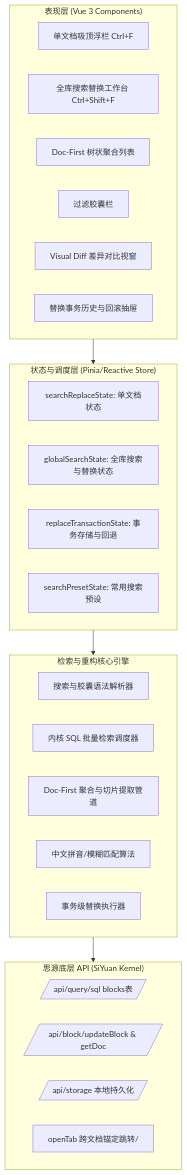
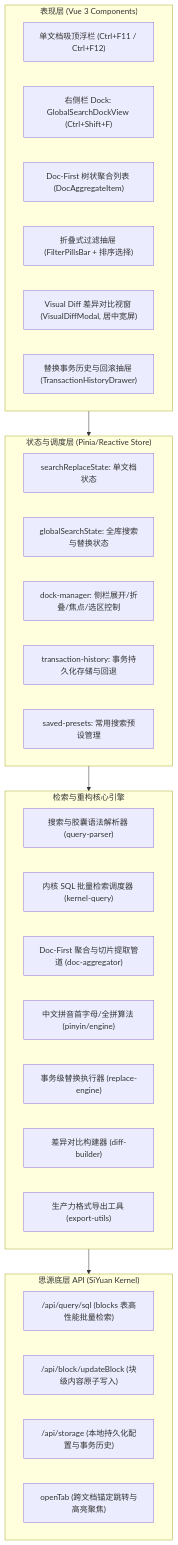
The diagram in docs/siyuan-sou-easy-global-search-detailed-design-and-plan.md (famotime/siyuan-sou-easy), drawn with Mermaid before and after one commit. The commit also changed other lines of this file and 10 other files, not shown here.

First line of the commit message:
refactor(global-search): 去除全库工作台并将全量搜索替换功能收敛至右侧栏

````diff
--- a/docs/siyuan-sou-easy-global-search-detailed-design-and-plan.md
+++ b/docs/siyuan-sou-easy-global-search-detailed-design-and-plan.md
@@ -29,37 +31,40 @@
 ```mermaid
 graph TD
     subgraph UI ["表现层 (Vue 3 Components)"]
-        InPageBar[单文档吸顶浮栏 Ctrl+F]
-        GlobalWorkbench[全库搜索替换工作台 Ctrl+Shift+F]
-        DocFirstView[Doc-First 树状聚合列表]
-        FilterPills[过滤胶囊栏]
-        DiffModal[Visual Diff 差异对比视窗]
-        HistoryDrawer[替换事务历史与回滚抽屉]
+        InPageBar["单文档吸顶浮栏 (Ctrl+F11 / Ctrl+F12)"]
+        GlobalDock["右侧栏 Dock: GlobalSearchDockView (Ctrl+Shift+F)"]
+        DocFirstView["Doc-First 树状聚合列表 (DocAggregateItem)"]
+        FilterDrawer["折叠式过滤抽屉 (FilterPillsBar + 排序选择)"]
+        DiffModal["Visual Diff 差异对比视窗 (VisualDiffModal, 居中宽屏)"]
+        HistoryDrawer["替换事务历史与回滚抽屉 (TransactionHistoryDrawer)"]
     end
 
     subgraph Store ["状态与调度层 (Pinia/Reactive Store)"]
-        LocalStore[searchReplaceState: 单文档状态]
-        GlobalStore[globalSearchState: 全库搜索与替换状态]
-        HistoryStore[replaceTransactionState: 事务存储与回退]
-        PresetStore[searchPresetState: 常用搜索预设]
+        LocalStore["searchReplaceState: 单文档状态"]
+        GlobalStore["globalSearchState: 全库搜索与替换状态"]
+        DockManager["dock-manager: 侧栏展开/折叠/焦点/选区控制"]
+        HistoryStore["transaction-history: 事务持久化存储与回退"]
+        PresetStore["saved-presets: 常用搜索预设管理"]
     end
 
     subgraph Engine ["检索与重构核心引擎"]
-        QueryParser[搜索与胶囊语法解析器]
-        KernelSqlDriver[内核 SQL 批量检索调度器]
-        DocAggregator[Doc-First 聚合与切片提取管道]
-        PinyinMatcher[中文拼音/模糊匹配算法]
-        ReplaceEngine[事务级替换执行器]
+        QueryParser["搜索与胶囊语法解析器 (query-parser)"]
+        KernelSqlDriver["内核 SQL 批量检索调度器 (kernel-query)"]
+        DocAggregator["Doc-First 聚合与切片提取管道 (doc-aggregator)"]
+        PinyinMatcher["中文拼音首字母/全拼算法 (pinyin/engine)"]
+        ReplaceEngine["事务级替换执行器 (replace-engine)"]
+        DiffBuilder["差异对比构建器 (diff-builder)"]
+        ExportUtils["生产力格式导出工具 (export-utils)"]
     end
 
     subgraph Backend ["思源底层 API (SiYuan Kernel)"]
-        ApiSql[/api/query/sql blocks表/]
-        ApiBlock[/api/block/updateBlock & getDoc/]
-        ApiStorage[/api/storage 本地持久化/]
-        ApiTab[openTab 跨文档锚定跳转/]
+        ApiSql["/api/query/sql (blocks 表高性能批量检索)"]
+        ApiBlock["/api/block/updateBlock (块级内容原子写入)"]
+        ApiStorage["/api/storage (本地持久化配置与事务历史)"]
+        ApiTab["openTab (跨文档锚定跳转与高亮聚焦)"]
     end
 
     UI --> Store
     Store --> Engine
     Engine --> Backend
 ```
````
